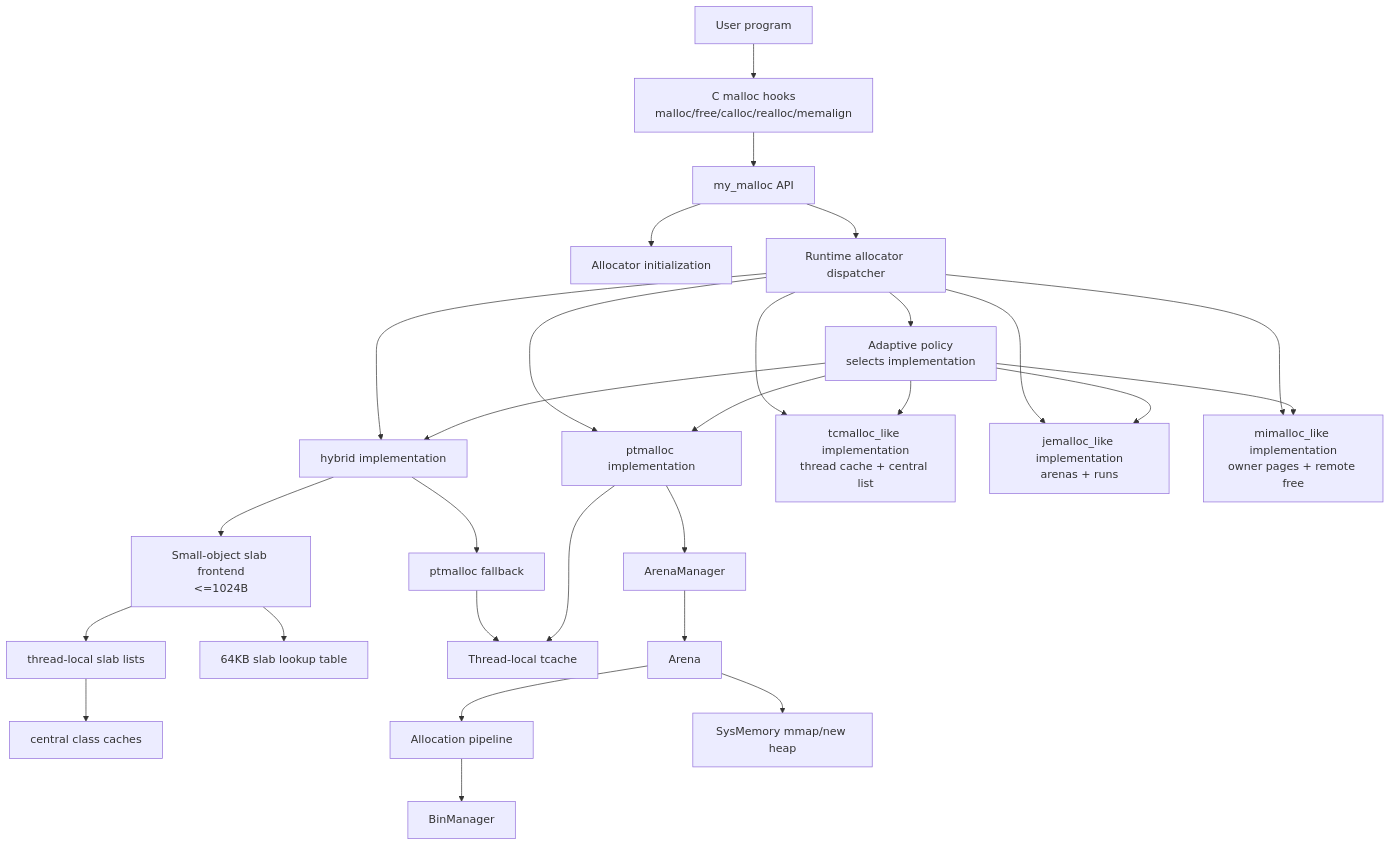
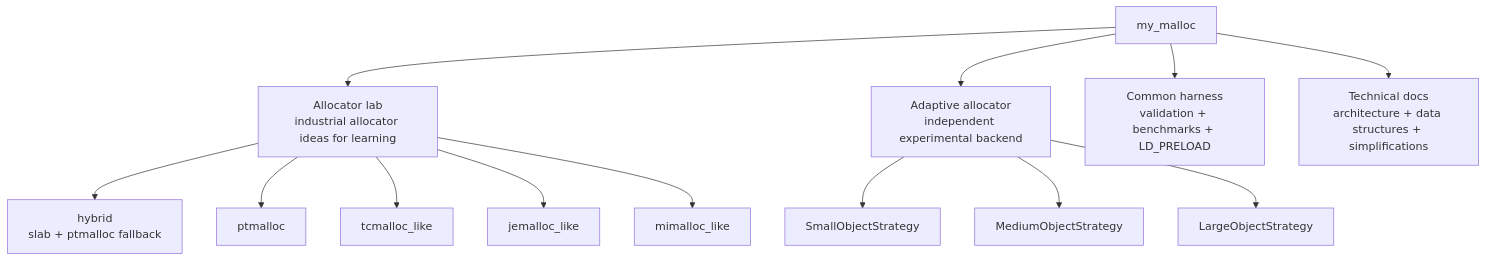
Before and after one commit to sdsasf/my_malloc: the first of 3 diagrams in docs/system_architecture.md, drawn with Mermaid. The commit also changed other lines of this file and 23 other files, not shown here.

Commit message:
Add independent telemetry-driven adaptive allocator

````diff
--- a/docs/system_architecture.md
+++ b/docs/system_architecture.md
@@ -45,51 +12,24 @@
 ```mermaid
 flowchart TB
-    User["User program"]
-    Hooks["C malloc hooks<br/>malloc/free/calloc/realloc/memalign"]
-    API["my_malloc API"]
-    Init["Allocator initialization"]
+    Project["my_malloc"]
 
-    Dispatch["Runtime allocator dispatcher"]
-    Policy["Adaptive policy<br/>selects implementation"]
+    Lab["Allocator lab<br/>industrial allocator ideas for learning"]
+    Adaptive["Adaptive allocator<br/>independent experimental backend"]
+    Harness["Common harness<br/>validation + benchmarks + LD_PRELOAD"]
+    Docs["Technical docs<br/>architecture + data structures + simplifications"]
 
-    Hybrid["hybrid implementation"]
-    Slab["Small-object slab frontend<br/><=1024B"]
-    SlabLocal["thread-local slab lists"]
-    SlabCentral["central class caches"]
-    SlabLookup["64KB slab lookup table"]
-    PtmallocFallback["ptmalloc fallback"]
-    Ptmalloc["ptmalloc implementation"]
-    TCLike["tcmalloc_like implementation<br/>thread cache + central list"]
-    JELike["jemalloc_like implementation<br/>arenas + runs"]
-    MILike["mimalloc_like implementation<br/>owner pages + remote free"]
-    Tcache["Thread-local tcache"]
-    ArenaMgr["ArenaManager"]
-    Arena["Arena"]
-    Pipeline["Allocation pipeline"]
-    Bins["BinManager"]
-    Sys["SysMemory mmap/new heap"]
+    Project --> Lab
+    Project --> Adaptive
+    Project --> Harness
+    Project --> Docs
 
-    User --> Hooks --> API --> Init
-    API --> Dispatch
-    Dispatch --> Policy
-    Dispatch --> Hybrid
-    Dispatch --> Ptmalloc
-    Dispatch --> TCLike
-    Dispatch --> JELike
-    Dispatch --> MILike
-    Policy --> Hybrid
-    Policy --> Ptmalloc
-    Policy --> TCLike
-    Policy --> JELike
-    Policy --> MILike
-    Hybrid --> Slab
-    Slab --> SlabLocal
-    SlabLocal --> SlabCentral
-    Slab --> SlabLookup
-    Hybrid --> PtmallocFallback
-    PtmallocFallback --> Tcache
-    Ptmalloc --> Tcache
-    Ptmalloc --> ArenaMgr --> Arena
-    Arena --> Pipeline --> Bins
-    Arena --> Sys
+    Lab --> Hybrid["hybrid<br/>slab + ptmalloc fallback"]
+    Lab --> PT["ptmalloc"]
+    Lab --> TC["tcmalloc_like"]
+    Lab --> JE["jemalloc_like"]
+    Lab --> MI["mimalloc_like"]
+
+    Adaptive --> AS["SmallObjectStrategy"]
+    Adaptive --> AM["MediumObjectStrategy"]
+    Adaptive --> AL["LargeObjectStrategy"]
 ```
````
